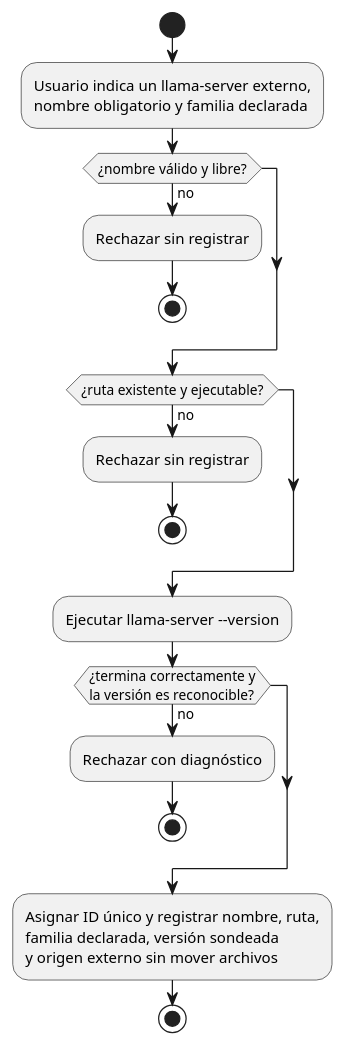
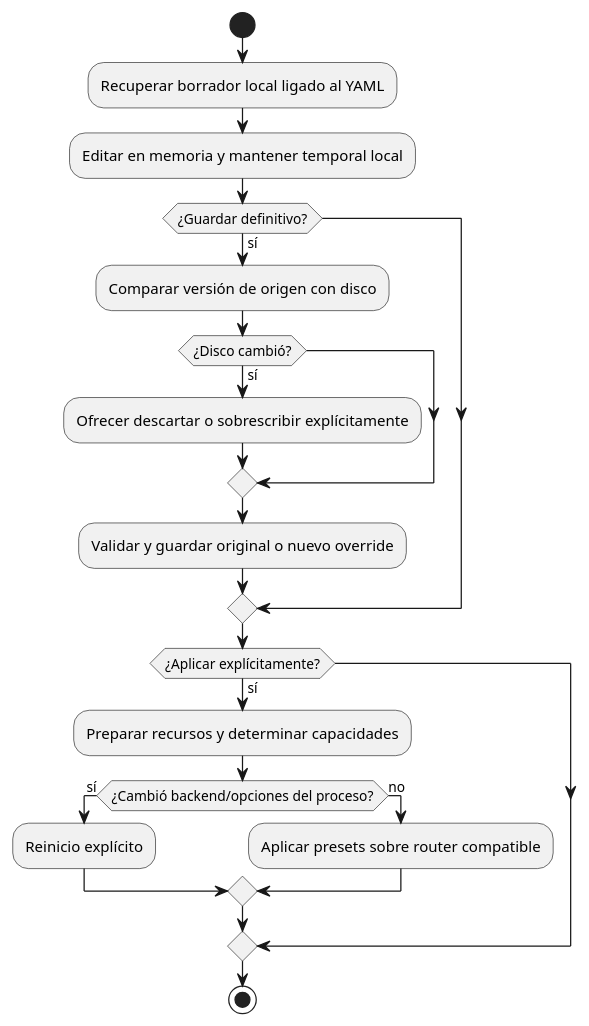
One commit to mstranich/coquena changed the second of 2 diagrams in docs/actividades.md. Above: the diagram before and after it, drawn with PlantUML. The commit also changed other lines of this file and 60 other files, not shown here.

Commit message:
docs: definir proyectos YAML y planificar M3 con dashboard TUI

````diff
--- a/docs/actividades.md
+++ b/docs/actividades.md
@@ -74,21 +77,23 @@
 ```plantuml
 @startuml
 start
-:Usuario indica un llama-server externo,\nnombre obligatorio y familia declarada;
-if (¿nombre válido y libre?) then (no)
-  :Rechazar sin registrar;
-  stop
+:Recuperar borrador local ligado al YAML;
+:Editar en memoria y mantener temporal local;
+if (¿Guardar definitivo?) then (sí)
+  :Comparar versión de origen con disco;
+  if (¿Disco cambió?) then (sí)
+    :Ofrecer descartar o sobrescribir explícitamente;
+  endif
+  :Validar y guardar original o nuevo override;
 endif
-if (¿ruta existente y ejecutable?) then (no)
-  :Rechazar sin registrar;
-  stop
+if (¿Aplicar explícitamente?) then (sí)
+  :Preparar recursos y determinar capacidades;
+  if (¿Cambió backend/opciones del proceso?) then (sí)
+    :Reinicio explícito;
+  else (no)
+    :Aplicar presets sobre router compatible;
+  endif
 endif
-:Ejecutar llama-server --version;
-if (¿termina correctamente y\nla versión es reconocible?) then (no)
-  :Rechazar con diagnóstico;
-  stop
-endif
-:Asignar ID único y registrar nombre, ruta,\nfamilia declarada, versión sondeada\ny origen externo sin mover archivos;
 stop
 @enduml
 ```
````
